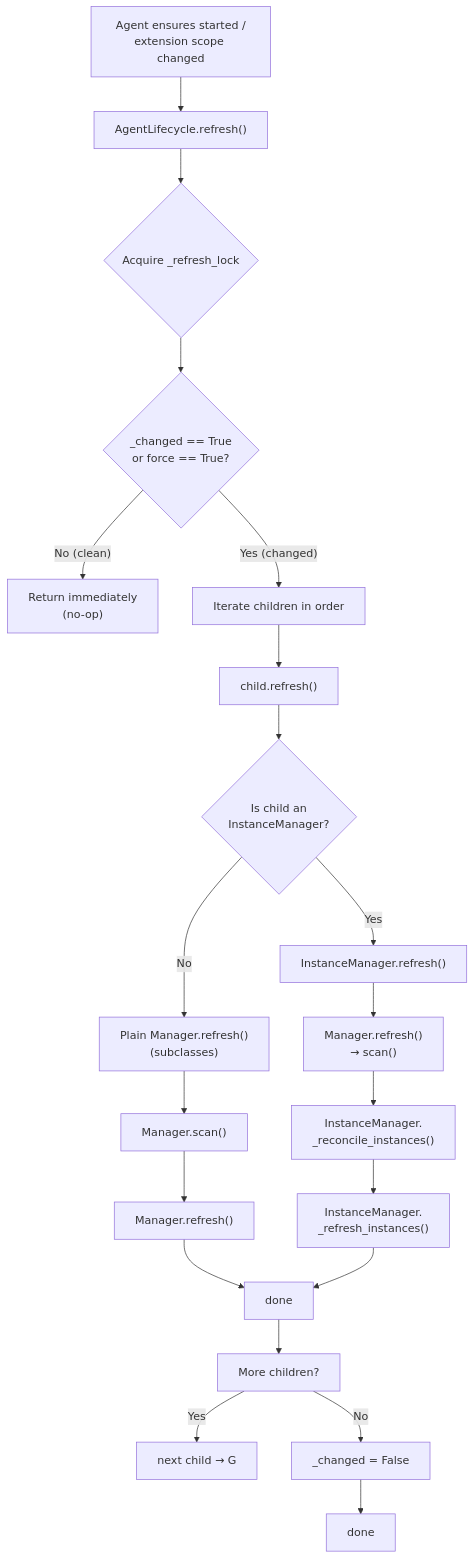
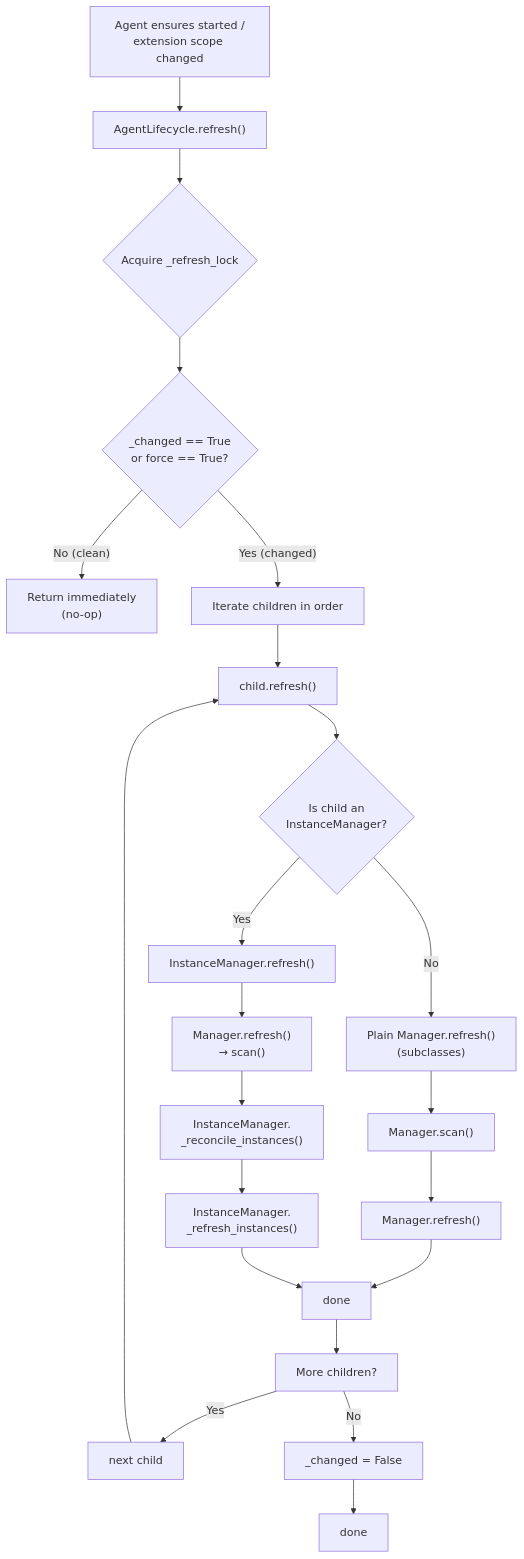
Before and after one commit to matrixd0t/commamatrix: the eighth of 12 diagrams in visuals.md, drawn with Mermaid. The commit also changed other lines of this file and 36 other files, not shown here.

````diff
--- a/visuals.md
+++ b/visuals.md
@@ -428,28 +426,26 @@
 ```mermaid
 flowchart TD
     A["Agent ensures started /<br/>extension scope changed"] --> B["AgentLifecycle.refresh()"]
     B --> C{Acquire _refresh_lock}
     C --> D{_changed == True<br/>or force == True?}
     D -->|"No (clean)"| E["Return immediately<br/>(no-op)"]
     D -->|"Yes (changed)"| F["Iterate children in order"]
 
     F --> G["child.refresh()"]
     G --> H{"Is child an<br/>InstanceManager?"}
 
     H -->|"Yes"| I["InstanceManager.refresh()"]
     H -->|"No"| J["Plain Manager.refresh()<br/>(subclasses)"]
 
     J --> K["Manager.scan()"]
     K --> L["Manager.refresh()"]
     L --> M["done"]
 
     I --> N["Manager.refresh()<br/>→ scan()"]
     N --> O["InstanceManager.<br/>_reconcile_instances()"]
     O --> P["InstanceManager.<br/>_refresh_instances()"]
-    P --> M
-
-    M --> Q["More children?"]
-    Q -->|"Yes"| R["next child → G"]
-    Q -->|"No"| S["_changed = False"]
-    S --> T["done"]
+    
+    P --> M --> Q["More children?"]
+    Q -->|"Yes"| R["next child"] --> G
+    Q -->|"No"| S["_changed = False"] --> T["done"]
 ```
````
